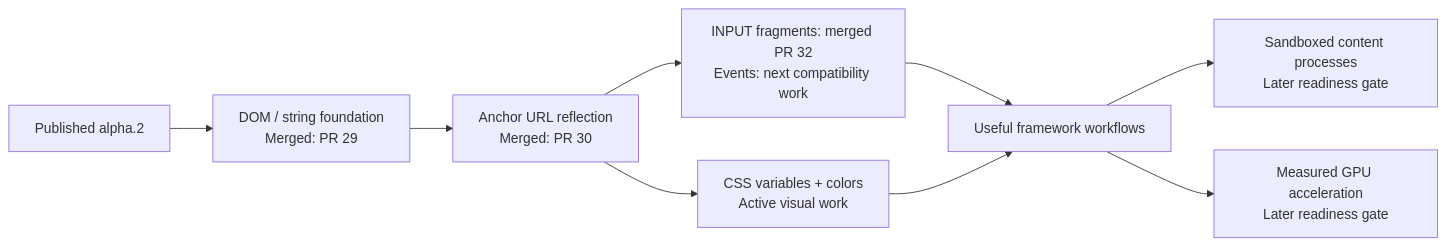
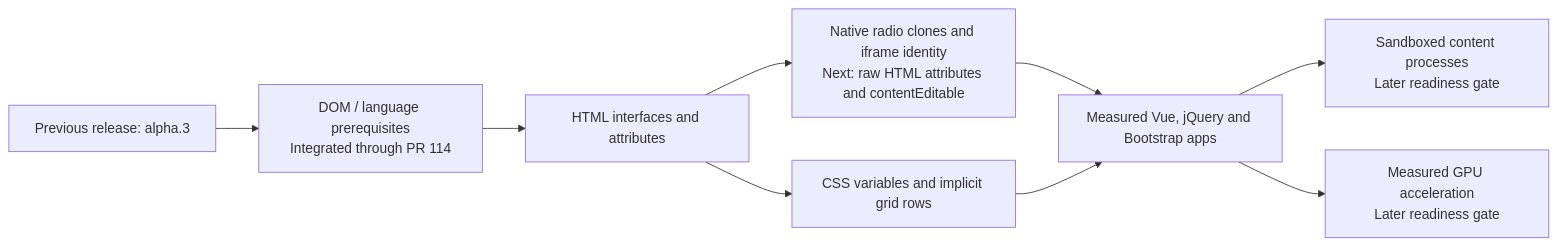
The diagram in docs/ROADMAP.md (c-a-t-f-o-o-d/chezcat-browser), drawn with Mermaid before and after one commit. The commit also changed other lines of this file and 15 other files, not shown here.

Commit message:
Prepare ChezCat 0.82.0-alpha.1 and document its integrated browser changes

````diff
--- a/docs/ROADMAP.md
+++ b/docs/ROADMAP.md
@@ -30,11 +30,11 @@
 ```mermaid
 flowchart LR
-    BASE["Published alpha.2"] --> DOM["DOM / string foundation<br/>Merged: PR 29"]
-    DOM --> URL["Anchor URL reflection<br/>Merged: PR 30"]
-    URL --> INPUT["INPUT fragments: merged PR 32<br/>Events: next compatibility work"]
-    URL --> CSS["CSS variables + colors<br/>Active visual work"]
-    INPUT --> APPS["Useful framework workflows"]
+    BASE["Previous release: alpha.3"] --> DOM["DOM / language prerequisites<br/>Integrated through PR 114"]
+    DOM --> URL["HTML interfaces and attributes"]
+    URL --> INPUT["Native radio clones and iframe identity<br/>Next: raw HTML attributes and contentEditable"]
+    URL --> CSS["CSS variables and implicit grid rows"]
+    INPUT --> APPS["Measured Vue, jQuery and Bootstrap apps"]
     CSS --> APPS
     APPS --> ISO["Sandboxed content processes<br/>Later readiness gate"]
     APPS --> GPU["Measured GPU acceleration<br/>Later readiness gate"]
 ```
````
